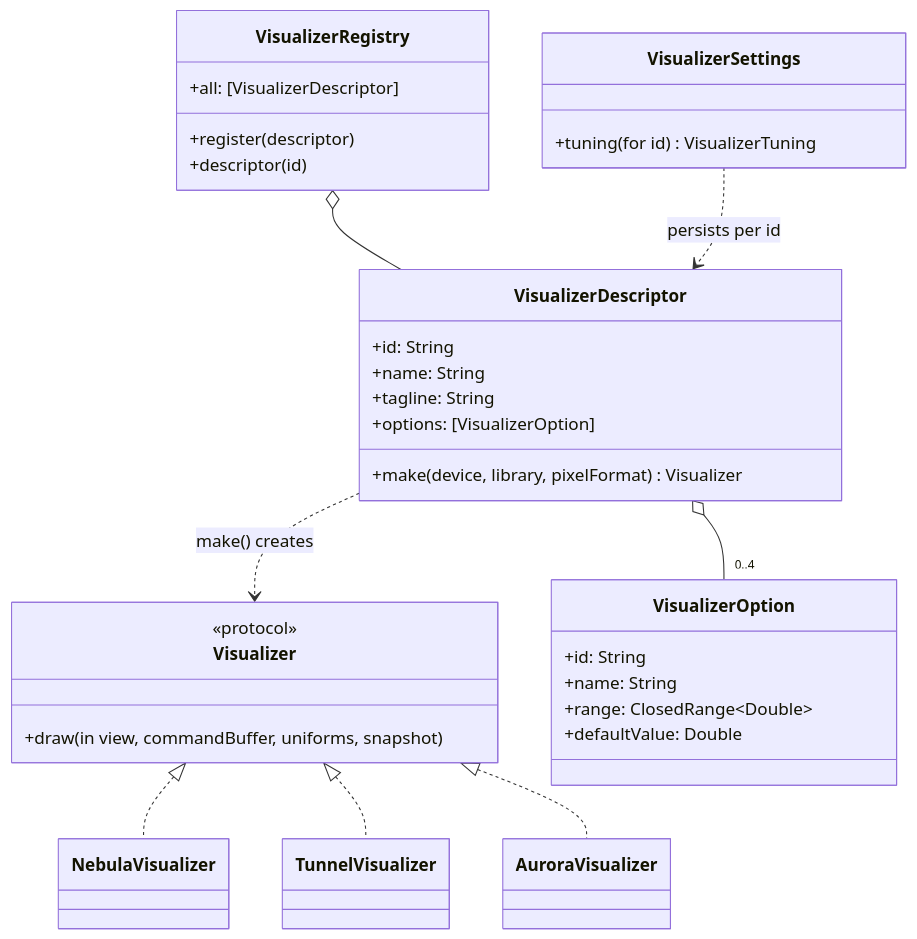
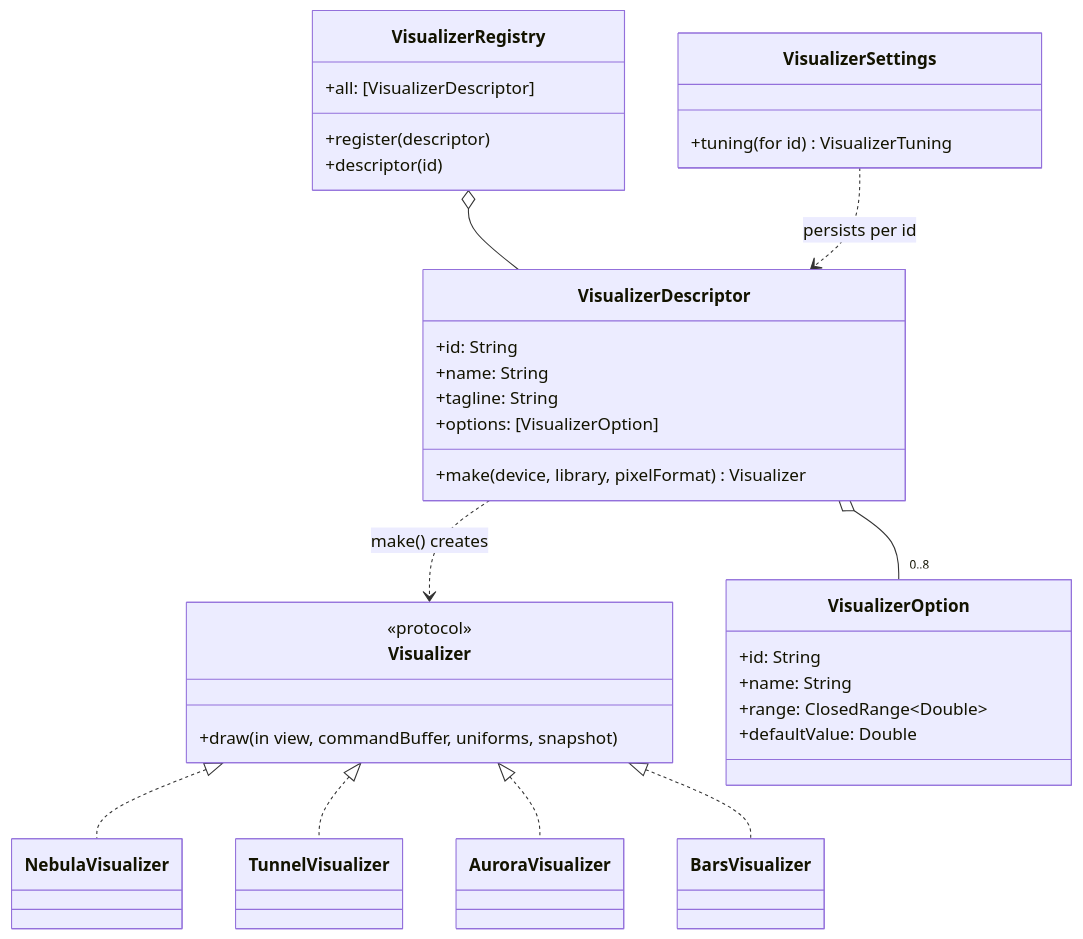
Before and after one commit to jonjaques/synesthia: the first of 3 diagrams in docs/visualizers.md, drawn with Mermaid. The commit also changed other lines of this file and 6 other files, not shown here.

Commit message:
Add Bars visualizer

````diff
--- a/docs/visualizers.md
+++ b/docs/visualizers.md
@@ -10,35 +10,36 @@
 ```mermaid
 classDiagram
     class Visualizer {
         <<protocol>>
         +draw(in view, commandBuffer, uniforms, snapshot)
     }
     class VisualizerDescriptor {
         +id: String
         +name: String
         +tagline: String
         +options: [VisualizerOption]
         +make(device, library, pixelFormat) Visualizer
     }
     class VisualizerOption {
         +id: String
         +name: String
         +range: ClosedRange~Double~
         +defaultValue: Double
     }
     class VisualizerRegistry {
         +all: [VisualizerDescriptor]
         +register(descriptor)
         +descriptor(id)
     }
     class VisualizerSettings {
         +tuning(for id) VisualizerTuning
     }
     VisualizerRegistry o-- VisualizerDescriptor
-    VisualizerDescriptor o-- "0..4" VisualizerOption
+    VisualizerDescriptor o-- "0..8" VisualizerOption
     VisualizerDescriptor ..> Visualizer : make() creates
     Visualizer <|.. NebulaVisualizer
     Visualizer <|.. TunnelVisualizer
     Visualizer <|.. AuroraVisualizer
+    Visualizer <|.. BarsVisualizer
     VisualizerSettings ..> VisualizerDescriptor : persists per id
 ```
````
